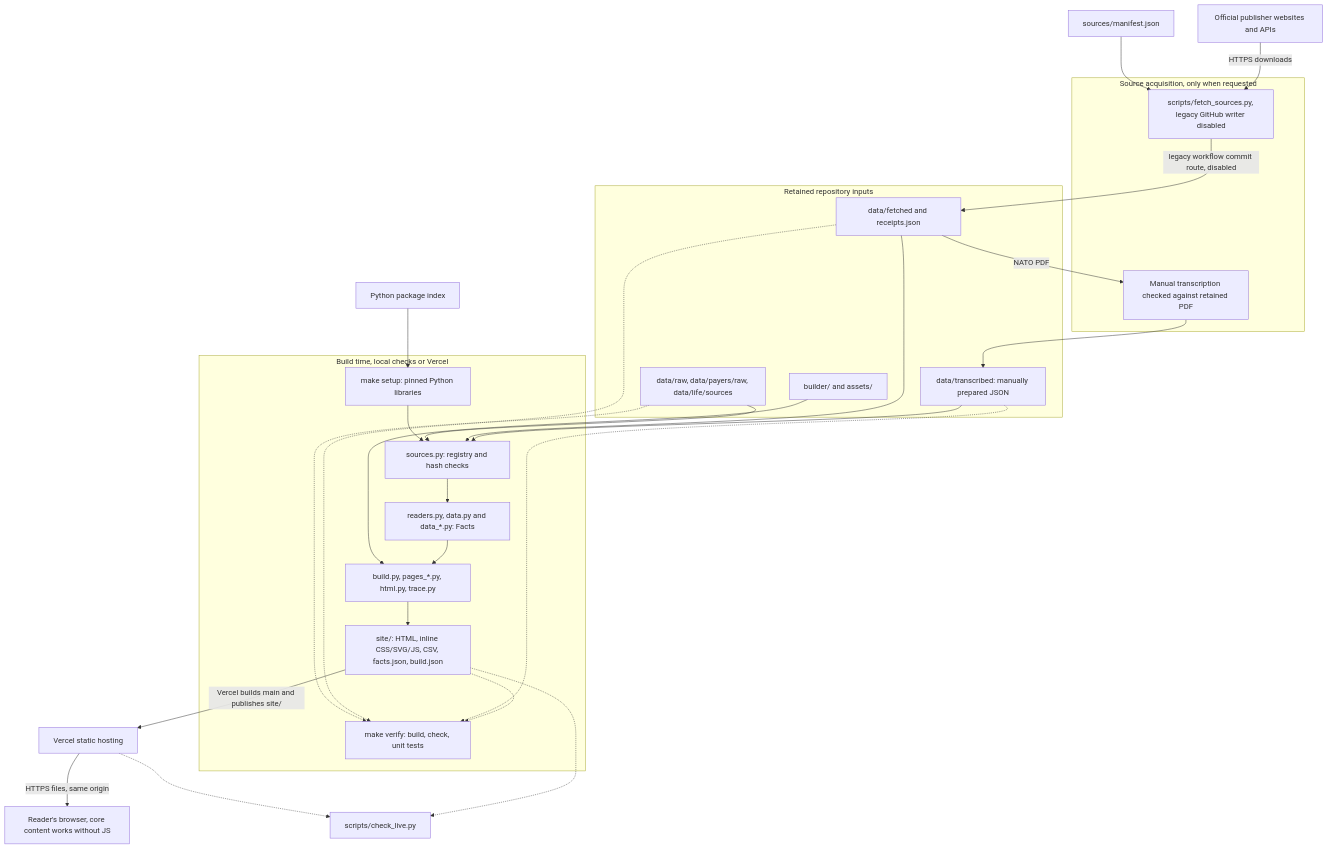
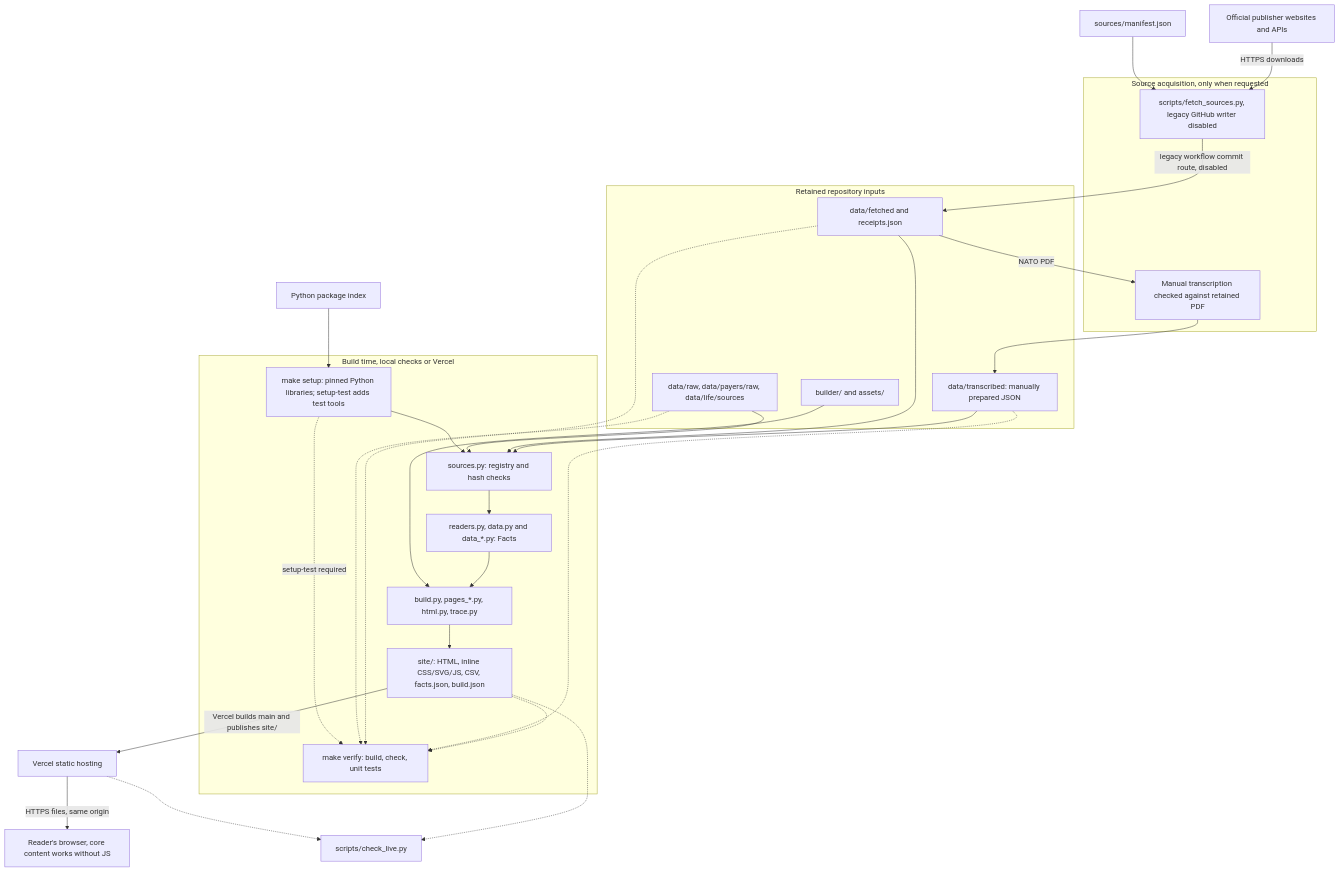
One commit to jnyross/unpoliticalaf changed the diagram in docs/architecture.md. Above: the diagram before and after it, drawn with Mermaid. The commit also changed 47 other files, not shown here.

````diff
--- a/docs/architecture.md
+++ b/docs/architecture.md
@@ -14,49 +14,50 @@
 ```mermaid
 flowchart TD
     publishers["Official publisher websites and APIs"]
     packages["Python package index"]
     manifest["sources/manifest.json"]
 
     subgraph acquisition["Source acquisition, only when requested"]
         fetch["scripts/fetch_sources.py, legacy GitHub writer disabled"]
         transcription["Manual transcription checked against retained PDF"]
     end
 
     subgraph repository["Retained repository inputs"]
         retained["data/raw, data/payers/raw, data/life/sources"]
         fetched["data/fetched and receipts.json"]
         transcribed["data/transcribed: manually prepared JSON"]
         code["builder/ and assets/"]
     end
 
     manifest --> fetch
     publishers -->|"HTTPS downloads"| fetch
     fetch -->|"legacy workflow commit route, disabled"| fetched
     fetched -->|"NATO PDF"| transcription --> transcribed
 
     subgraph build["Build time, local checks or Vercel"]
-        setup["make setup: pinned Python libraries"]
+        setup["make setup: pinned Python libraries; setup-test adds test tools"]
         registry["sources.py: registry and hash checks"]
         facts["readers.py, data.py and data_*.py: Facts"]
         render["build.py, pages_*.py, html.py, trace.py"]
         output["site/: HTML, inline CSS/SVG/JS, CSV, facts.json, build.json"]
         verify["make verify: build, check, unit tests"]
     end
 
     packages --> setup
     setup --> registry
     retained --> registry
     fetched --> registry
     transcribed --> registry
     code --> render
     registry --> facts --> render --> output
+    setup -.->|"setup-test required"| verify
     retained -.-> verify
     fetched -.-> verify
     transcribed -.-> verify
     output -.-> verify
 
     output -->|"Vercel builds main and publishes site/"| hosting["Vercel static hosting"]
     hosting -->|"HTTPS files, same origin"| browser["Reader's browser, core content works without JS"]
     hosting -.-> live["scripts/check_live.py"]
     output -.-> live
 ```
````
